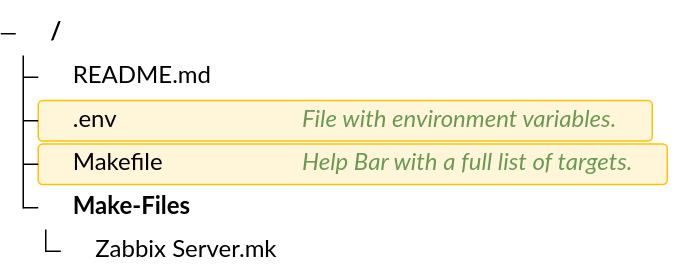
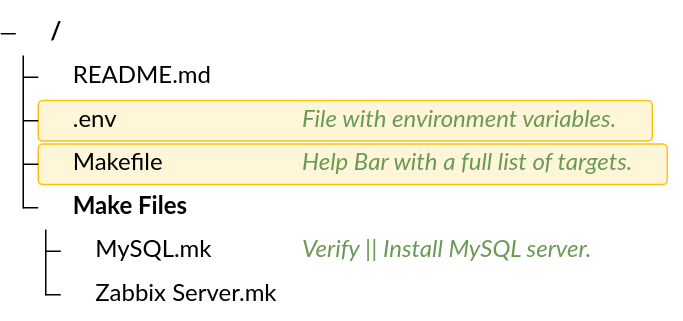
Before and after one commit to Zai4ikManiak/Cyber-Security-Study: the diagram in README.md, drawn with Mermaid. The commit also changed 3 other files, not shown here.

Commit message:
new file:   .env 	new file:   Make Files/MySQL.mk 	modified:   Makefile 	modified:   README.md

````diff
--- a/README.md
+++ b/README.md
@@ -2,14 +2,15 @@
 ```mermaid
 ---
 config:
     treeView:
         showIcons: true
         defaultIconPack: material-icon-theme
 ---
 treeView-beta
     README.md
     .env        :::highlight ## File with environment variables.
     Makefile    :::highlight ## Help Bar with a full list of targets.
-    Make-Files/
+    Make Files/
+        "MySQL.mk" ## Verify || Install MySQL server.
         "Zabbix Server.mk"
 ```
````
